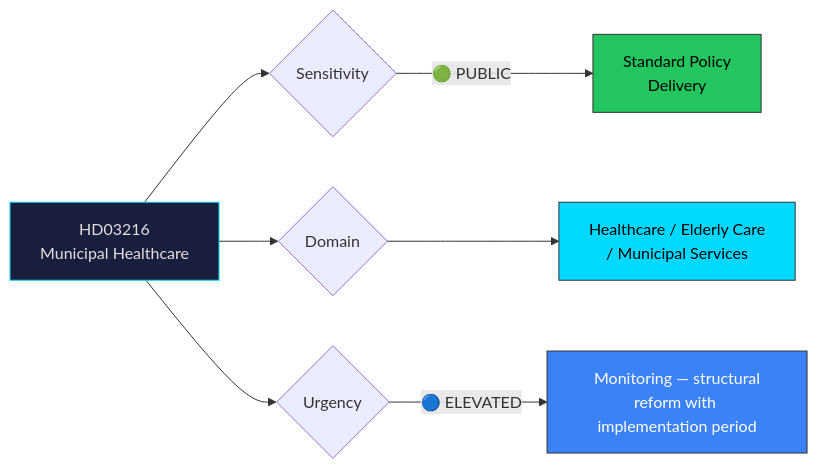
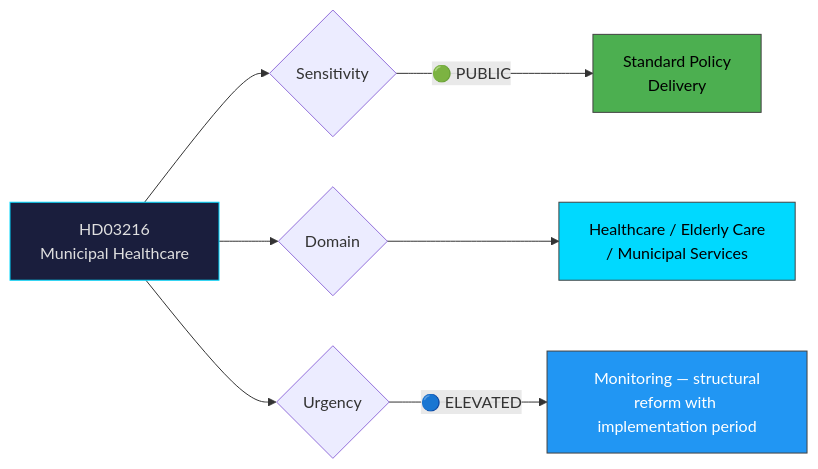
Before and after one commit to Hack23/riksdagsmonitor: the diagram in analysis/daily/2026-04-01/propositions/documents/hd03216-analysis.md, drawn with Mermaid. The commit also changed 785 other files, not shown here.

First line of the commit message:
Normalize mermaid colors across 786 analysis artifacts to ISMS Style Guide palette

````diff
--- a/analysis/daily/2026-04-01/propositions/documents/hd03216-analysis.md
+++ b/analysis/daily/2026-04-01/propositions/documents/hd03216-analysis.md
@@ -27,16 +27,16 @@
 ```mermaid
 graph LR
     A["HD03216<br/>Municipal Healthcare"] --> B{Sensitivity}
     B -->|"🟢 PUBLIC"| E["Standard Policy<br/>Delivery"]
     
     A --> G{Domain}
     G --> H["Healthcare / Elderly Care<br/>/ Municipal Services"]
     
     A --> I{Urgency}
     I -->|"🔵 ELEVATED"| L["Monitoring — structural<br/>reform with implementation period"]
     
     style A fill:#1a1e3d,stroke:#00d9ff,color:#e0e0e0
-    style E fill:#22c55e,stroke:#333,color:#000
-    style H fill:#00d9ff,stroke:#333,color:#000
-    style L fill:#3b82f6,stroke:#333,color:#fff
+    style E fill:#4CAF50,stroke:#424242,color:#000000
+    style H fill:#00d9ff,stroke:#424242,color:#000000
+    style L fill:#2196F3,stroke:#424242,color:#FFFFFF
 ```
````
